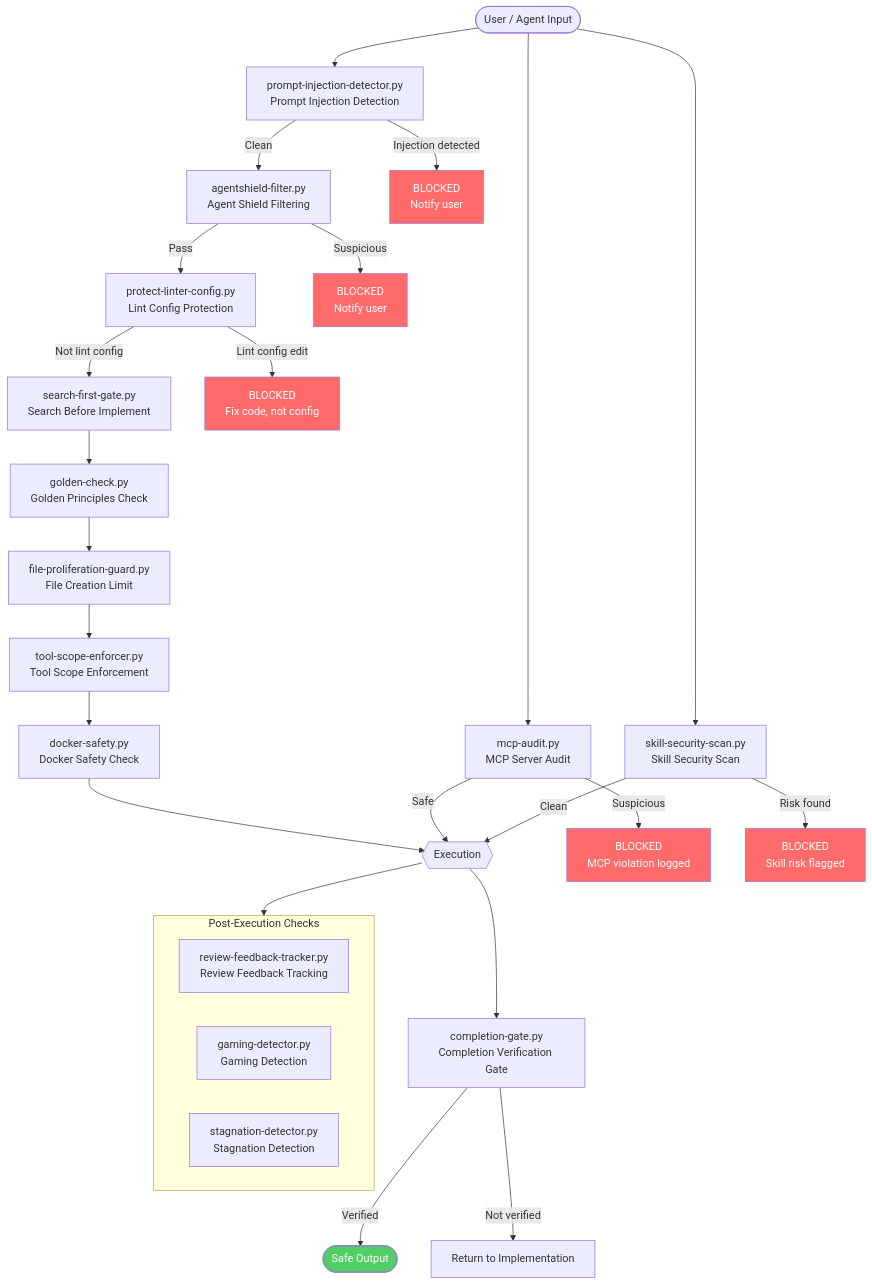
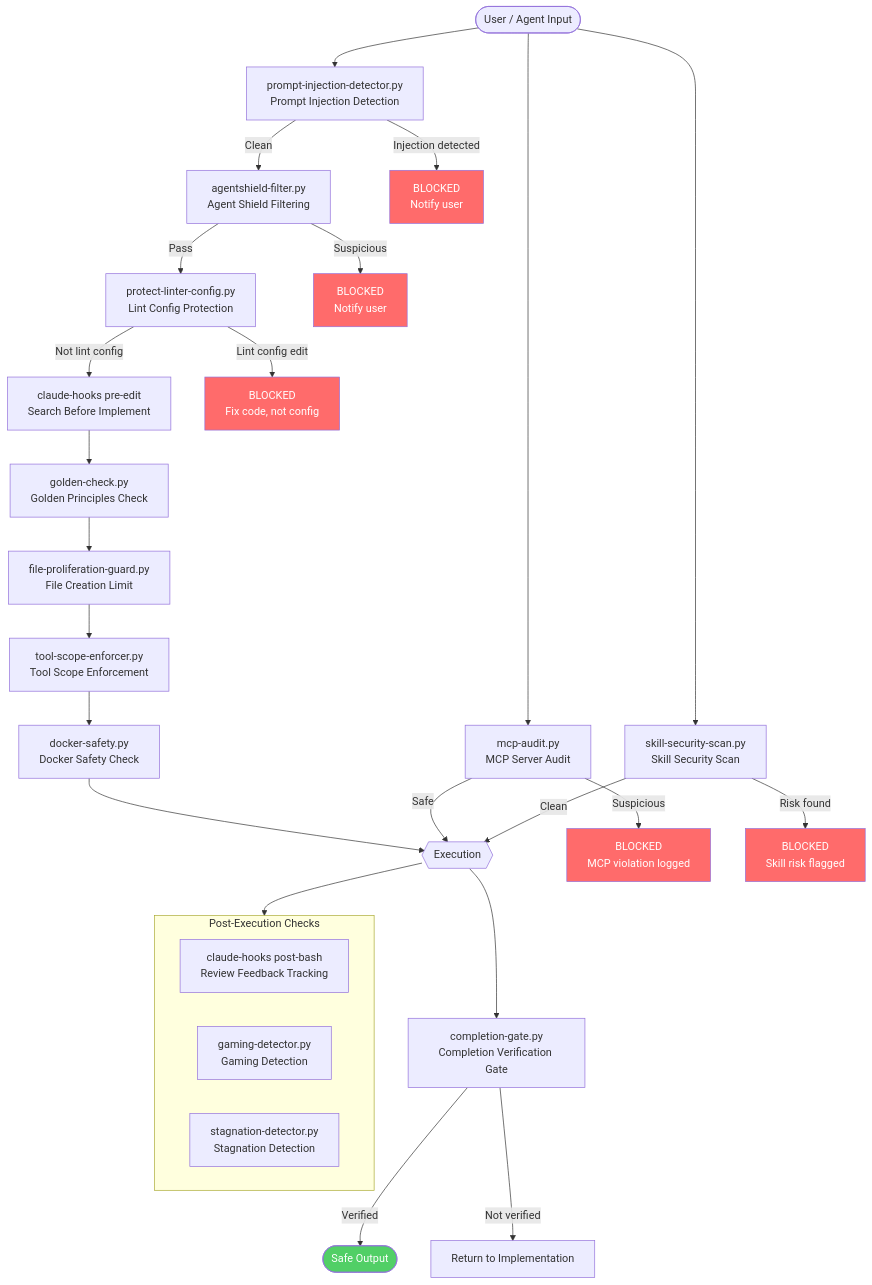
Before and after one commit to takeuchi-shogo/dotfiles: the diagram in .config/claude/references/diagrams/security-layers.md, drawn with Mermaid. The commit also changed 11 other files, not shown here.

First line of the commit message:
🔥 fix(hooks): 死蔵 .py 残骸4件を削除 + 現役ドキュメントを Rust pre-edit/post-bash 表記に整合

````diff
--- a/.config/claude/references/diagrams/security-layers.md
+++ b/.config/claude/references/diagrams/security-layers.md
@@ -12,53 +12,53 @@
 ```mermaid
 flowchart TD
     INPUT(["User / Agent Input"])
 
     INPUT --> PID["prompt-injection-detector.py<br/>Prompt Injection Detection"]
 
     PID -->|"Clean"| ASF["agentshield-filter.py<br/>Agent Shield Filtering"]
     PID -->|"Injection detected"| BLOCK1["BLOCKED<br/>Notify user"]
 
     ASF -->|"Pass"| PLC["protect-linter-config.py<br/>Lint Config Protection"]
     ASF -->|"Suspicious"| BLOCK2["BLOCKED<br/>Notify user"]
 
-    PLC -->|"Not lint config"| SFG["search-first-gate.py<br/>Search Before Implement"]
+    PLC -->|"Not lint config"| SFG["claude-hooks pre-edit<br/>Search Before Implement"]
     PLC -->|"Lint config edit"| BLOCK3["BLOCKED<br/>Fix code, not config"]
 
     SFG --> GC["golden-check.py<br/>Golden Principles Check"]
 
     GC --> FPG["file-proliferation-guard.py<br/>File Creation Limit"]
 
     FPG --> TSE["tool-scope-enforcer.py<br/>Tool Scope Enforcement"]
 
     TSE --> DS["docker-safety.py<br/>Docker Safety Check"]
 
     DS --> EXEC{{"Execution"}}
 
     EXEC --> CG["completion-gate.py<br/>Completion Verification Gate"]
 
     CG -->|"Verified"| DONE(["Safe Output"])
     CG -->|"Not verified"| BACK["Return to Implementation"]
 
     INPUT --> MCP["mcp-audit.py<br/>MCP Server Audit"]
     MCP -->|"Safe"| EXEC
     MCP -->|"Suspicious"| BLOCK4["BLOCKED<br/>MCP violation logged"]
 
     INPUT --> SSS["skill-security-scan.py<br/>Skill Security Scan"]
     SSS -->|"Clean"| EXEC
     SSS -->|"Risk found"| BLOCK5["BLOCKED<br/>Skill risk flagged"]
 
     subgraph post_exec ["Post-Execution Checks"]
-        RFT["review-feedback-tracker.py<br/>Review Feedback Tracking"]
+        RFT["claude-hooks post-bash<br/>Review Feedback Tracking"]
         GD["gaming-detector.py<br/>Gaming Detection"]
         SD["stagnation-detector.py<br/>Stagnation Detection"]
     end
 
     EXEC --> post_exec
 
     style BLOCK1 fill:#ff6b6b,color:#fff
     style BLOCK2 fill:#ff6b6b,color:#fff
     style BLOCK3 fill:#ff6b6b,color:#fff
     style BLOCK4 fill:#ff6b6b,color:#fff
     style BLOCK5 fill:#ff6b6b,color:#fff
     style DONE fill:#51cf66,color:#fff
 ```
````
